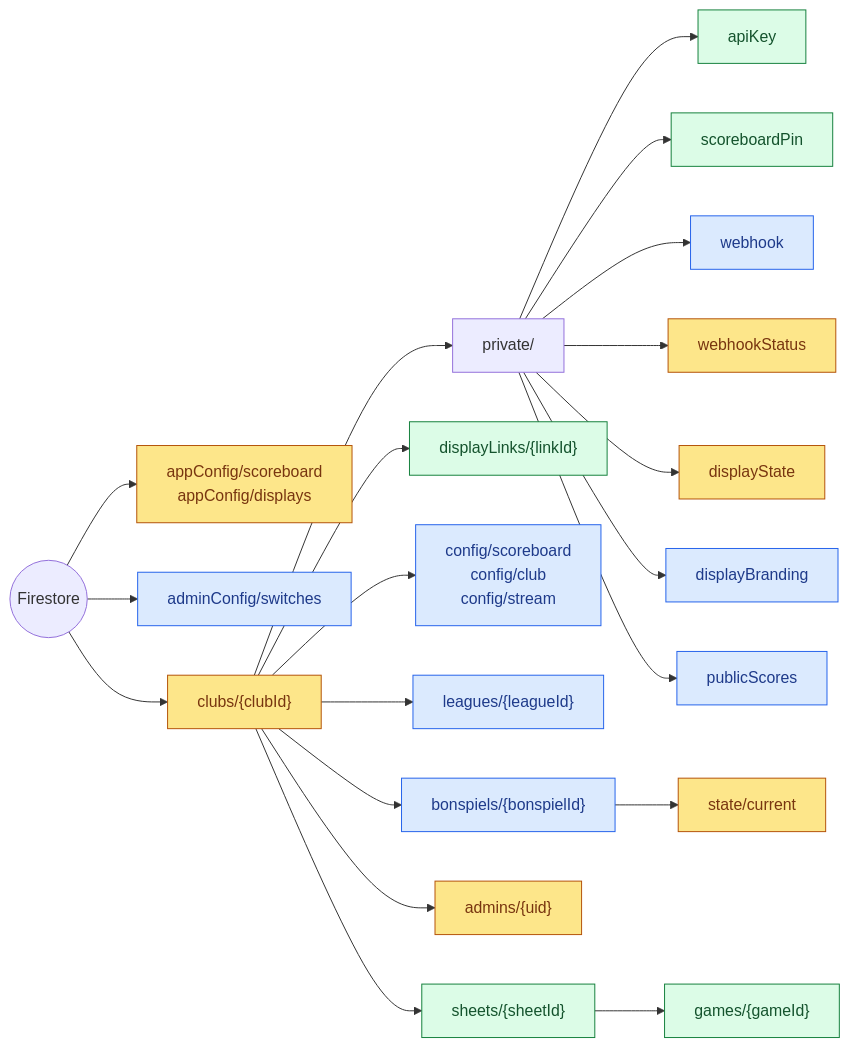
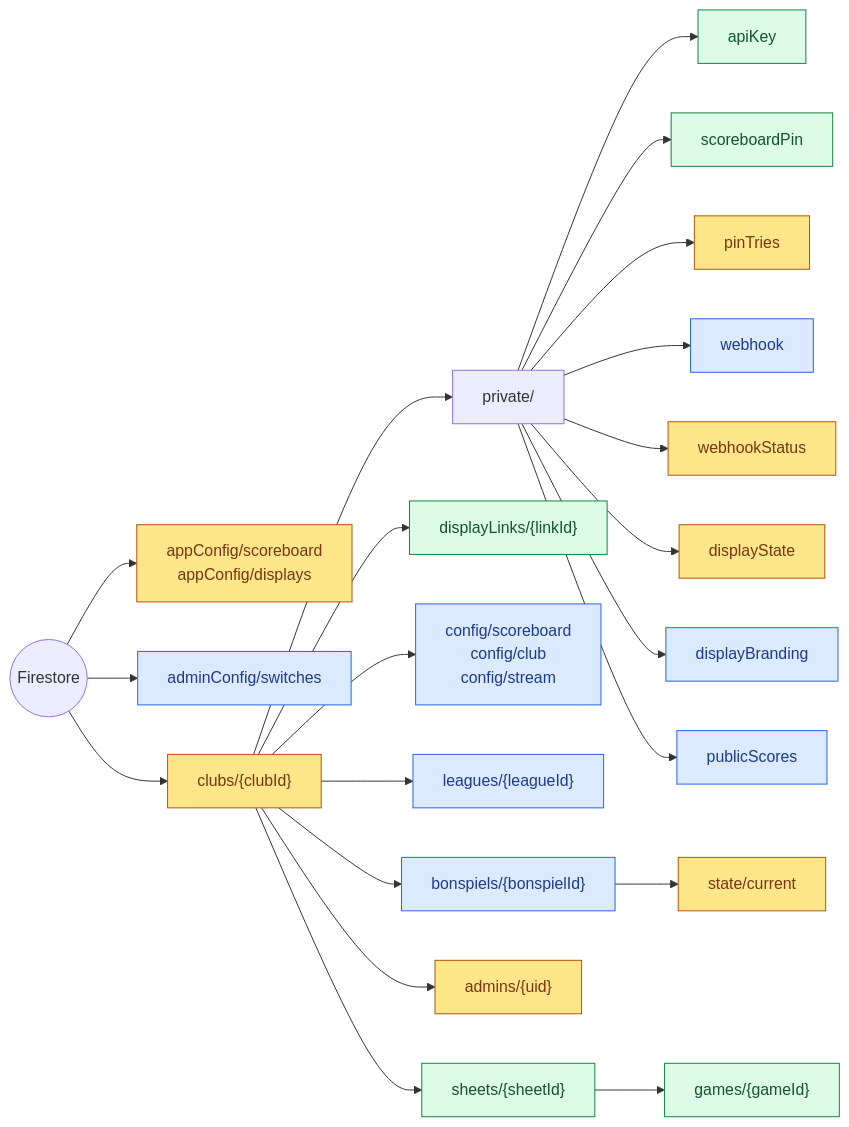
One commit to CloudgateStudios/curling_scoreboard changed the diagram in docs/architecture/data-model.md. Above: the diagram before and after it, drawn with Mermaid. The commit also changed other lines of this file and 16 other files, not shown here.

````diff
--- a/docs/architecture/data-model.md
+++ b/docs/architecture/data-model.md
@@ -12,32 +12,33 @@
 ```mermaid
 flowchart LR
   FS(("Firestore"))
   FS --> APP_CONFIG["appConfig/scoreboard<br/>appConfig/displays"]
   FS --> SWITCHES["adminConfig/switches"]
   FS --> CLUB["clubs/{clubId}"]
 
   CLUB --> PRIV["private/"]
   PRIV --> KEY["apiKey"]
   PRIV --> PIN["scoreboardPin"]
+  PRIV --> TRIES["pinTries"]
   PRIV --> WH["webhook"]
   PRIV --> WHS["webhookStatus"]
   PRIV --> DS["displayState"]
   PRIV --> BR["displayBranding"]
   PRIV --> PUB["publicScores"]
 
   CLUB --> LINKS["displayLinks/{linkId}"]
   CLUB --> CFG["config/scoreboard<br/>config/club<br/>config/stream"]
   CLUB --> LEAGUES["leagues/{leagueId}"]
   CLUB --> BON["bonspiels/{bonspielId}"]
   BON --> BST["state/current"]
   CLUB --> ADM["admins/{uid}"]
   CLUB --> SH["sheets/{sheetId}"]
   SH --> GAMES["games/{gameId}"]
 
   classDef client fill:#dbeafe,stroke:#2563eb,color:#1e3a8a
   classDef fn fill:#fde68a,stroke:#b45309,color:#78350f
   classDef both fill:#dcfce7,stroke:#15803d,color:#14532d
   class WH,BR,PUB,CFG,LEAGUES,BON,SWITCHES client
-  class APP_CONFIG,CLUB,WHS,DS,BST,ADM fn
+  class APP_CONFIG,CLUB,TRIES,WHS,DS,BST,ADM fn
   class KEY,PIN,LINKS,SH,GAMES both
 ```
````
